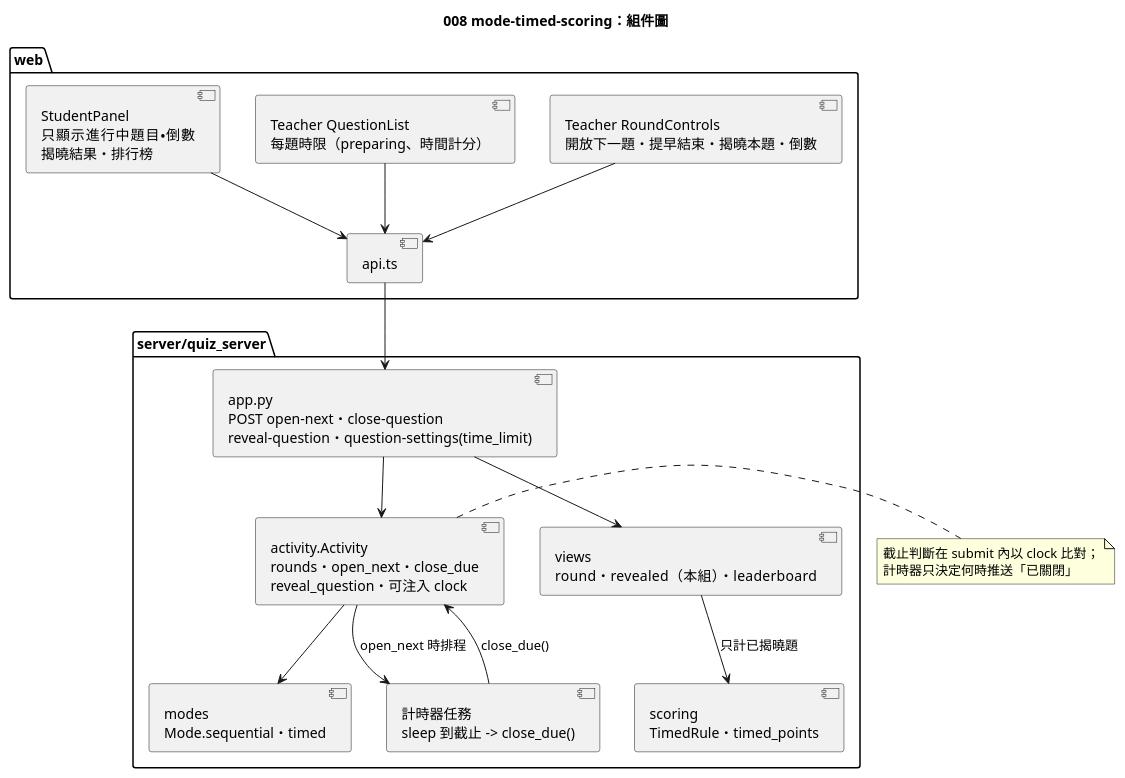
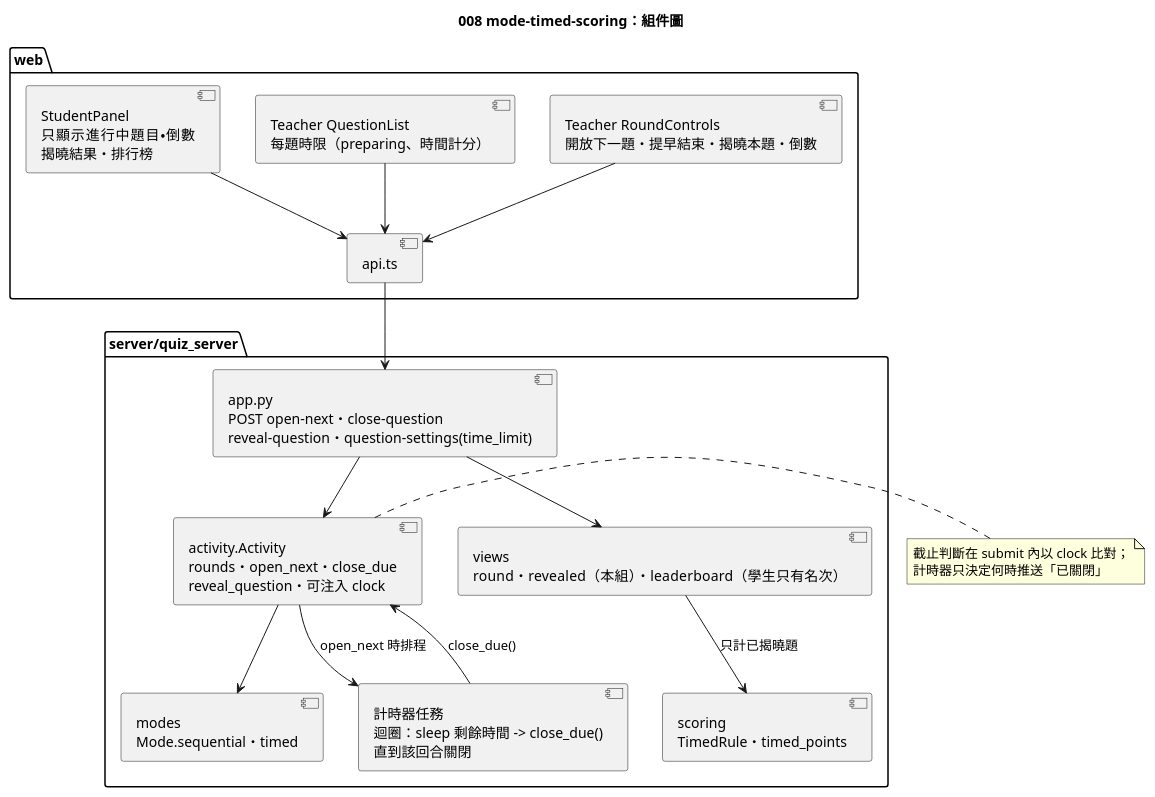
The diagram in diagrams/008-mode-timed-scoring-component.puml (yue083139/software_fin-speckit), drawn with PlantUML before and after one commit. The commit also changed 11 other files, not shown here.

Commit message:
docs(specs): 008 規格與圖表 v1.1（提案輪評審） [CORE]

```diff
--- a/diagrams/008-mode-timed-scoring-component.puml
+++ b/diagrams/008-mode-timed-scoring-component.puml
@@ -1,35 +1,35 @@
 @startuml 008-mode-timed-scoring-component
 title 008 mode-timed-scoring：組件圖
 
 package "web" {
   [Teacher RoundControls\n開放下一題・提早結束・揭曉本題・倒數] as TRound
   [Teacher QuestionList\n每題時限（preparing、時間計分）] as TList
   [StudentPanel\n只顯示進行中題目・倒數\n揭曉結果・排行榜] as SPage
   [api.ts] as Api
 }
 
 package "server/quiz_server" {
   [app.py\nPOST open-next・close-question\nreveal-question・question-settings(time_limit)] as App
   [modes\nMode.sequential・timed] as Modes
   [activity.Activity\nrounds・open_next・close_due\nreveal_question・可注入 clock] as Act
-  [計時器任務\nsleep 到截止 -> close_due()] as Timer
+  [計時器任務\n迴圈：sleep 剩餘時間 -> close_due()\n直到該回合關閉] as Timer
   [scoring\nTimedRule・timed_points] as Scoring
-  [views\nround・revealed（本組）・leaderboard] as Views
+  [views\nround・revealed（本組）・leaderboard（學生只有名次）] as Views
 }
 
 TRound --> Api
 TList --> Api
 SPage --> Api
 Api --> App
 App --> Act
 Act --> Modes
 Act --> Timer : open_next 時排程
 Timer --> Act : close_due()
 Views --> Scoring : 只計已揭曉題
 App --> Views
 
 note right of Act
   截止判斷在 submit 內以 clock 比對；
   計時器只決定何時推送「已關閉」
 end note
 @enduml
```
